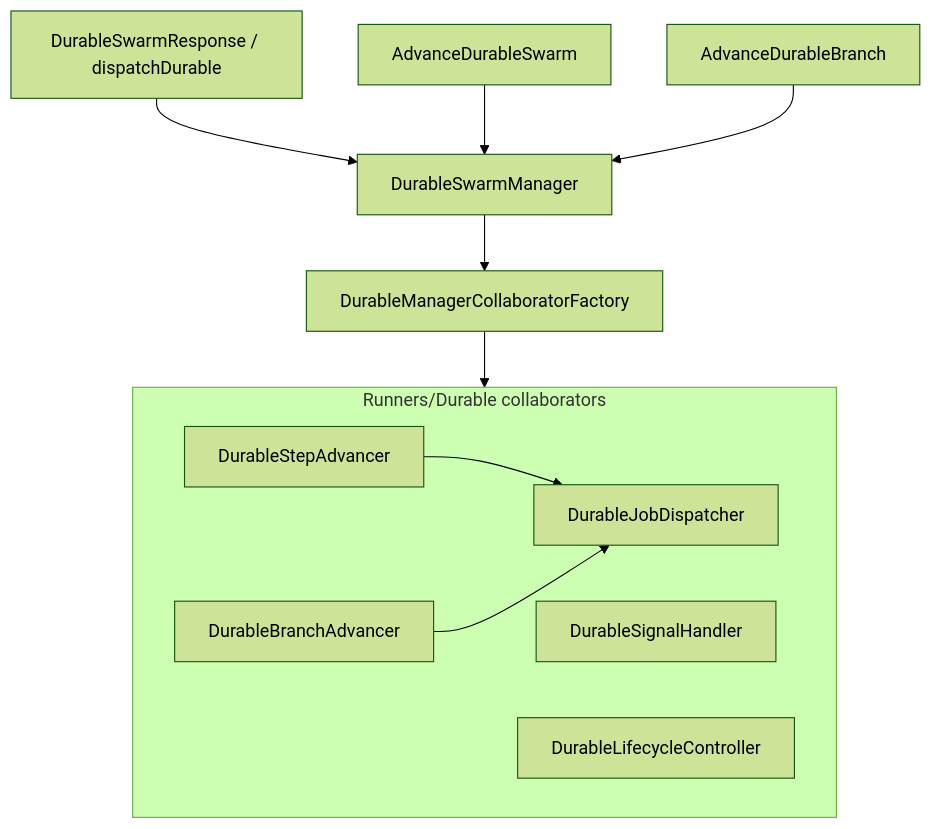
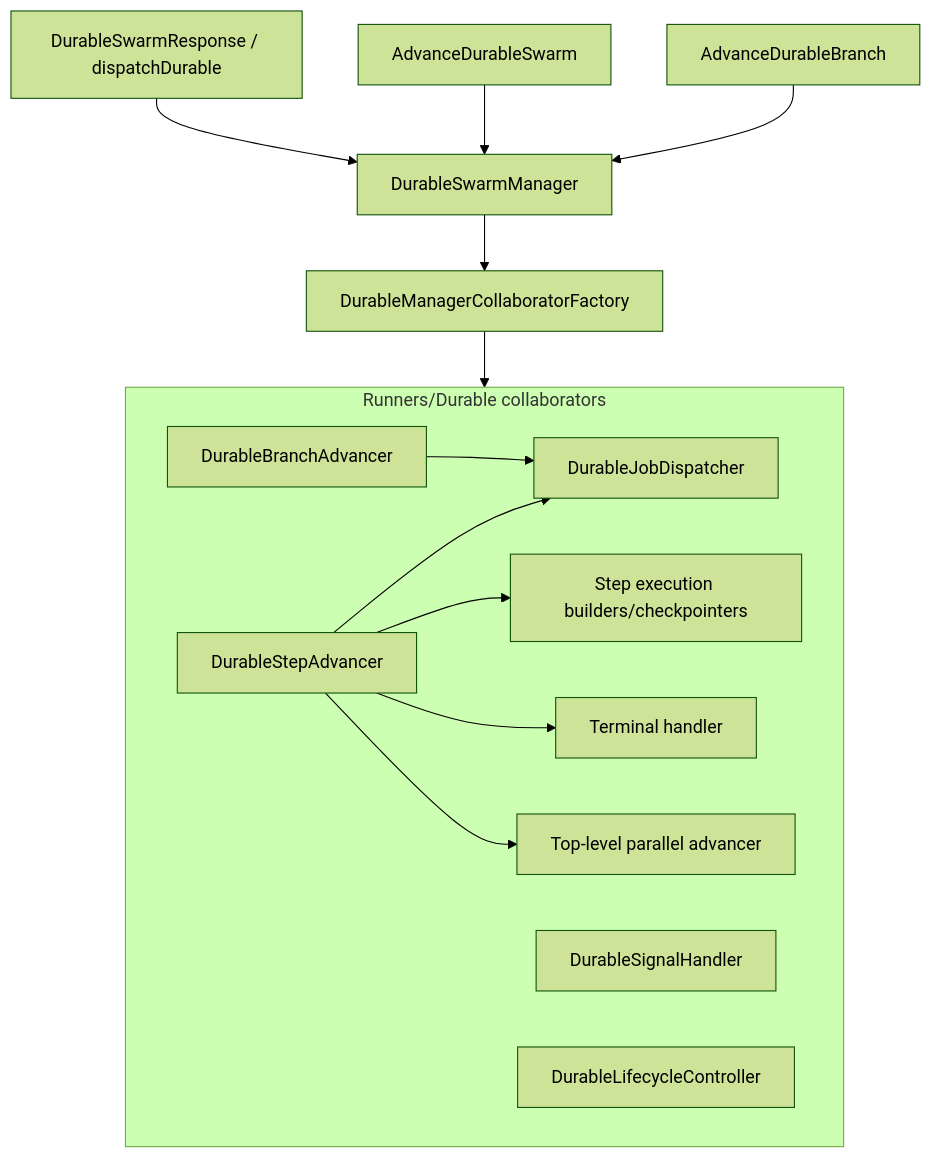
The diagram in docs/durable-runtime-architecture.md (builtbyberry/laravel-swarm), drawn with Mermaid (forest theme) before and after one commit. The commit also changed other lines of this file and 10 other files, not shown here.

````diff
--- a/docs/durable-runtime-architecture.md
+++ b/docs/durable-runtime-architecture.md
@@ -18,22 +18,28 @@
 ```mermaid
 flowchart TB
   R[DurableSwarmResponse / dispatchDurable]
   M[DurableSwarmManager]
   J1[AdvanceDurableSwarm]
   J2[AdvanceDurableBranch]
   F[DurableManagerCollaboratorFactory]
   subgraph collab["Runners/Durable collaborators"]
     SA[DurableStepAdvancer]
+    TB[Step execution builders/checkpointers]
+    TH[Terminal handler]
+    TP[Top-level parallel advancer]
     BA[DurableBranchAdvancer]
     JD[DurableJobDispatcher]
     SH[DurableSignalHandler]
     LC[DurableLifecycleController]
   end
   R --> M
   J1 --> M
   J2 --> M
   M --> F
   F --> collab
   SA --> JD
+  SA --> TB
+  SA --> TH
+  SA --> TP
   BA --> JD
 ```
````
